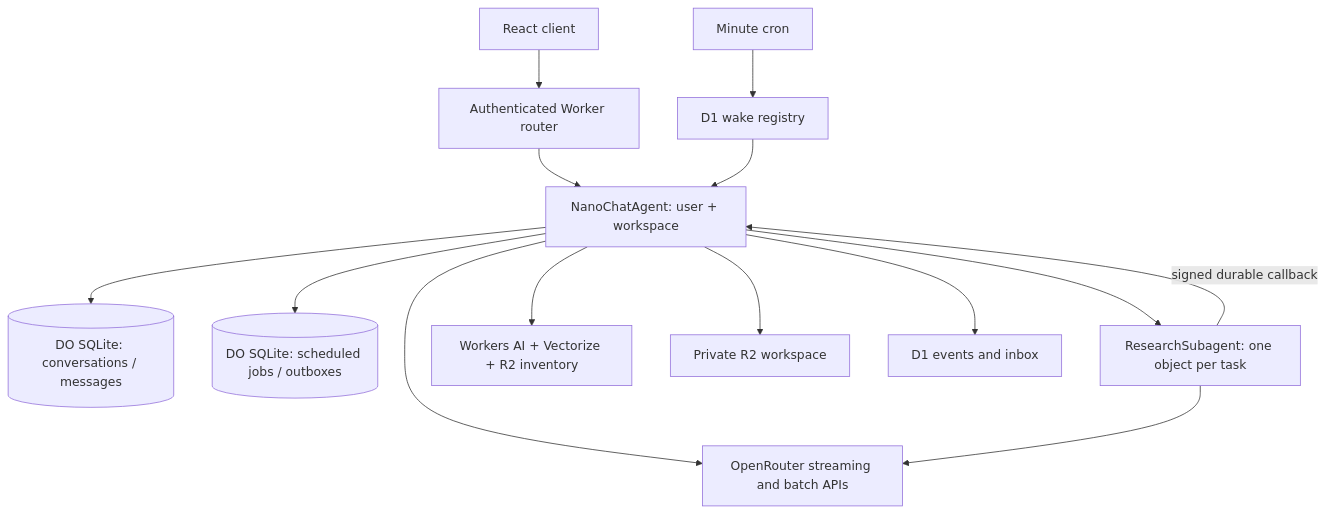
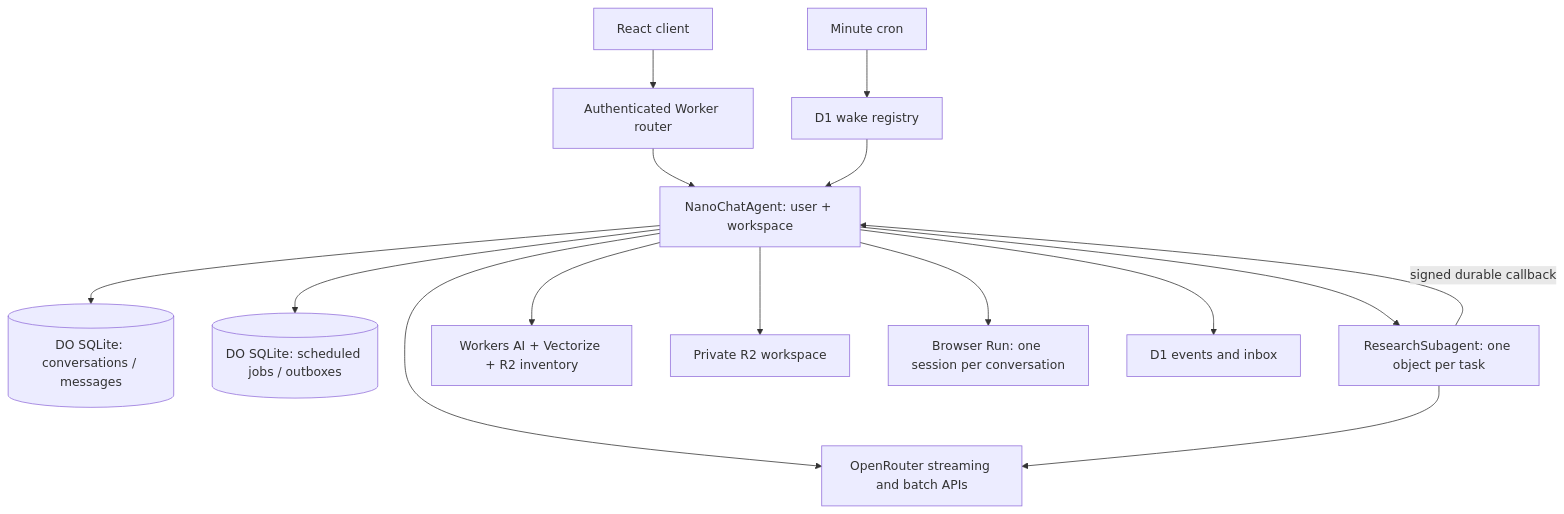
The diagram in ARCHITECTURE.md (mitchell-johnson/DurableClaw), drawn with Mermaid before and after one commit. The commit also changed other lines of this file and 14 other files, not shown here.

Commit message:
Add Cloudflare Browser Run tools with conversation-scoped sessions

````diff
--- a/ARCHITECTURE.md
+++ b/ARCHITECTURE.md
@@ -3,16 +3,17 @@
 ```mermaid
 flowchart TD
     Browser[React client] --> Router[Authenticated Worker router]
     Router --> Coordinator[NanoChatAgent: user + workspace]
     Cron[Minute cron] --> Registry[D1 wake registry]
     Registry --> Coordinator
     Coordinator --> History[(DO SQLite: conversations / messages)]
     Coordinator --> Jobs[(DO SQLite: scheduled jobs / outboxes)]
     Coordinator --> Children[ResearchSubagent: one object per task]
     Children -->|signed durable callback| Coordinator
     Coordinator --> Models[OpenRouter streaming and batch APIs]
     Children --> Models
     Coordinator --> Memory[Workers AI + Vectorize + R2 inventory]
     Coordinator --> Files[Private R2 workspace]
+    Coordinator --> Web[Browser Run: one session per conversation]
     Coordinator --> Inbox[D1 events and inbox]
 ```
````
